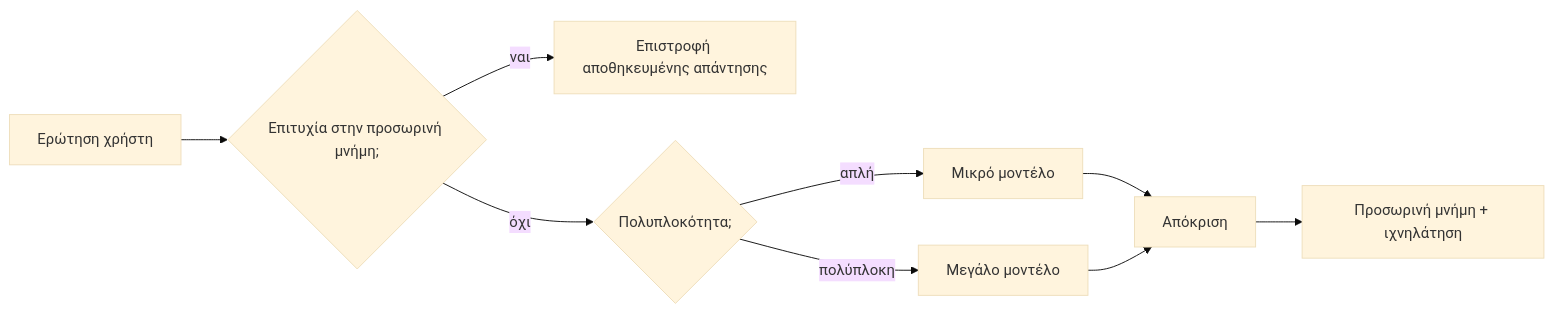
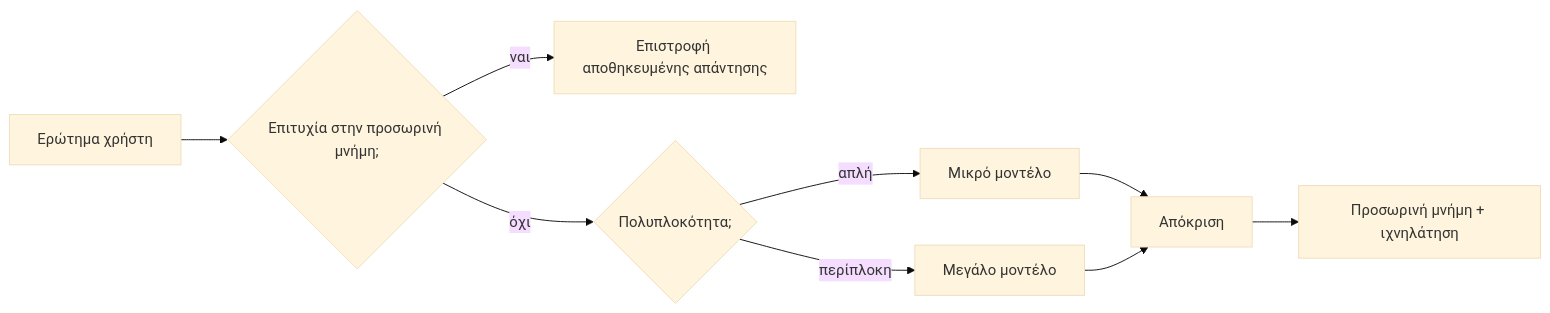
Before and after one commit to gabrielmoreira/agent-skills-mirror: the third of 4 diagrams in mirrors/repos/microsoft@ai-agents-for-beginners/translations/el/16-deploying-scalable-agents/README.md, drawn with Mermaid (base theme). The commit also changed other lines of this file and 3581 other files, not shown here.

````diff
--- a/mirrors/repos/microsoft@ai-agents-for-beginners/translations/el/16-deploying-scalable-agents/README.md
+++ b/mirrors/repos/microsoft@ai-agents-for-beginners/translations/el/16-deploying-scalable-agents/README.md
@@ -134,11 +134,11 @@
 ```mermaid
 flowchart LR
-    Q[Ερώτηση χρήστη] --> C{Επιτυχία στην προσωρινή μνήμη;}
+    Q[Ερώτημα χρήστη] --> C{Επιτυχία στην προσωρινή μνήμη;}
     C -->|ναι| R[Επιστροφή αποθηκευμένης απάντησης]
     C -->|όχι| Router{Πολυπλοκότητα;}
     Router -->|απλή| SLM[Μικρό μοντέλο]
-    Router -->|πολύπλοκη| LLM[Μεγάλο μοντέλο]
+    Router -->|περίπλοκη| LLM[Μεγάλο μοντέλο]
     SLM --> Out[Απόκριση]
     LLM --> Out
     Out --> Store[Προσωρινή μνήμη + ιχνηλάτηση]
 ```
````
